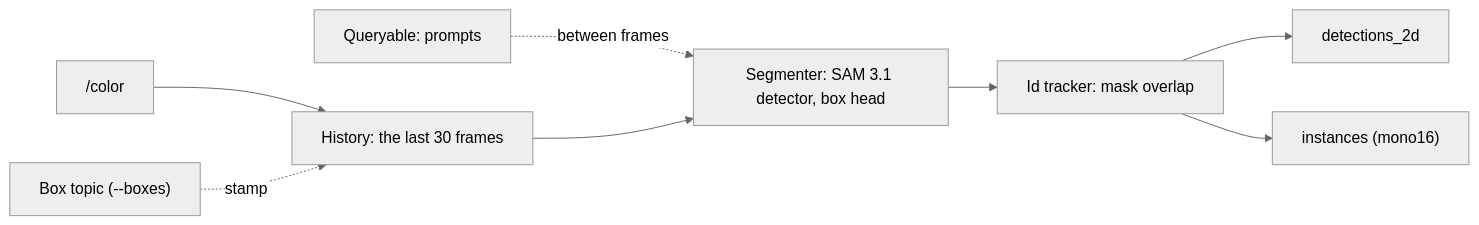
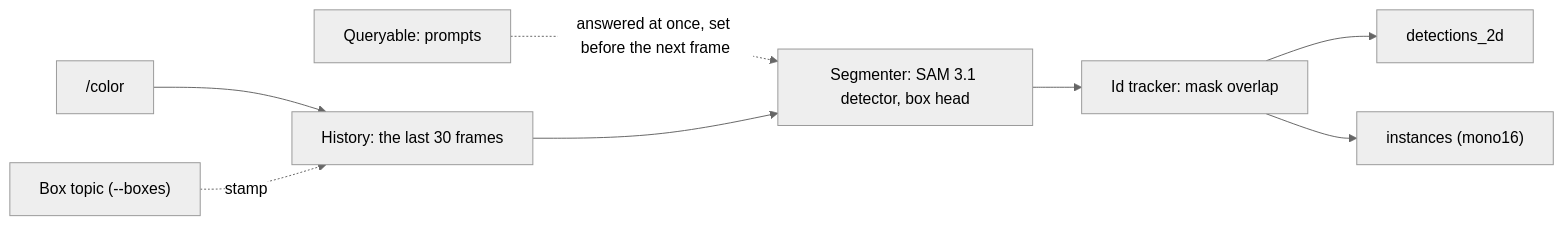
One commit to xblick/xblick-sam3 changed the diagram in docs/design.md. Above: the diagram before and after it, drawn with Mermaid (neutral theme). The commit also changed 12 other files, not shown here.

First line of the commit message:
The prompts queryable answers at once, a fixed GPU (0.2.5)

````diff
--- a/docs/design.md
+++ b/docs/design.md
@@ -18,10 +18,10 @@
 ```mermaid
 flowchart LR
   C["<camera>/color"] --> H["History: the last 30 frames"]
   B["Box topic (--boxes)"] -. "stamp" .-> H
-  Q["Queryable: prompts"] -. "between frames" .-> S
+  Q["Queryable: prompts"] -. "answered at once, set before the next frame" .-> S
   H --> S["Segmenter: SAM 3.1 detector, box head"]
   S --> T["Id tracker: mask overlap"]
   T --> D["detections_2d"]
   T --> I["instances (mono16)"]
 ```
````
